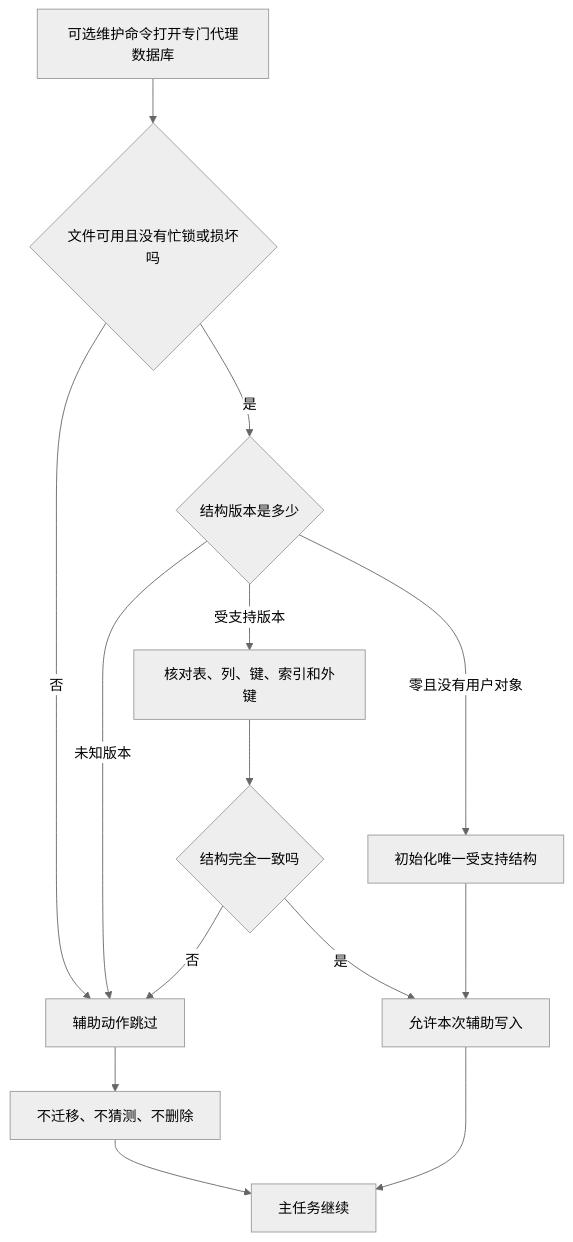
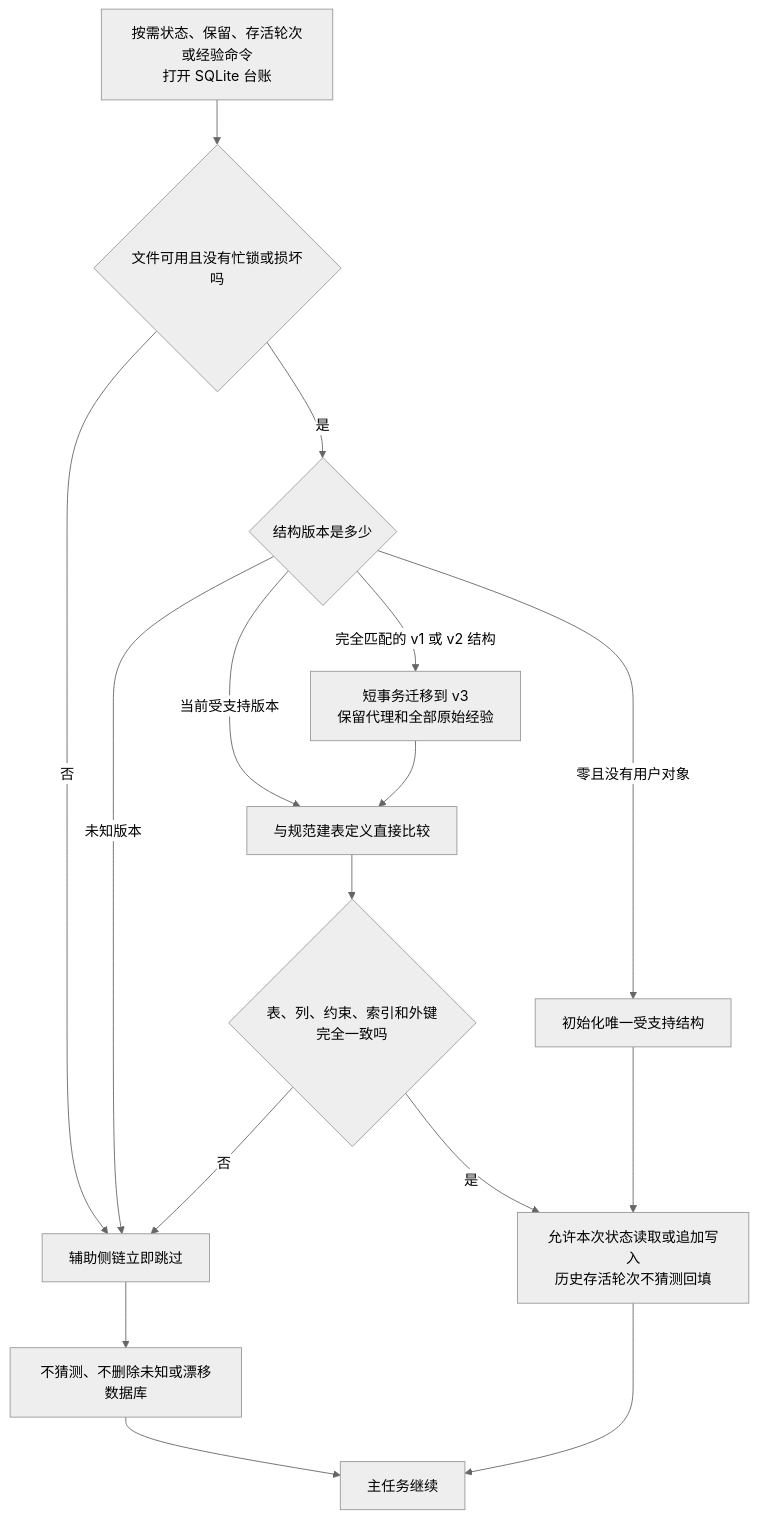
Before and after one commit to Lang45/codex-lean-stack: diagram 11 of 13 in skills/lean-stack/references/flowcharts-zh.md, drawn with Mermaid (neutral theme). The commit also changed other lines of this file and 25 other files, not shown here.

````diff
--- a/skills/lean-stack/references/flowcharts-zh.md
+++ b/skills/lean-stack/references/flowcharts-zh.md
@@ -266,16 +547,18 @@
 ```mermaid
 flowchart TD
-    A[可选维护命令打开专门代理数据库] --> B{文件可用且没有忙锁或损坏吗}
-    B -->|否| C[辅助动作跳过]
+    A[按需状态、保留、存活轮次或经验命令<br/>打开 SQLite 台账] --> B{文件可用且没有忙锁或损坏吗}
+    B -->|否| C[辅助侧链立即跳过]
     B -->|是| D{结构版本是多少}
     D -->|零且没有用户对象| E[初始化唯一受支持结构]
-    D -->|受支持版本| F[核对表、列、键、索引和外键]
+    D -->|当前受支持版本| F[与规范建表定义直接比较]
+    D -->|完全匹配的 v1 或 v2 结构| G[短事务迁移到 v3<br/>保留代理和全部原始经验]
+    G --> F
     D -->|未知版本| C
-    F --> G{结构完全一致吗}
-    G -->|是| H[允许本次辅助写入]
-    G -->|否| C
-    C --> I[不迁移、不猜测、不删除]
-    I --> J[主任务继续]
-    E --> H
-    H --> J
+    F --> H{表、列、约束、索引和外键完全一致吗}
+    H -->|是| I[允许本次状态读取或追加写入<br/>历史存活轮次不猜测回填]
+    H -->|否| C
+    C --> J[不猜测、不删除未知或漂移数据库]
+    J --> K[主任务继续]
+    E --> I
+    I --> K
 ```
````
